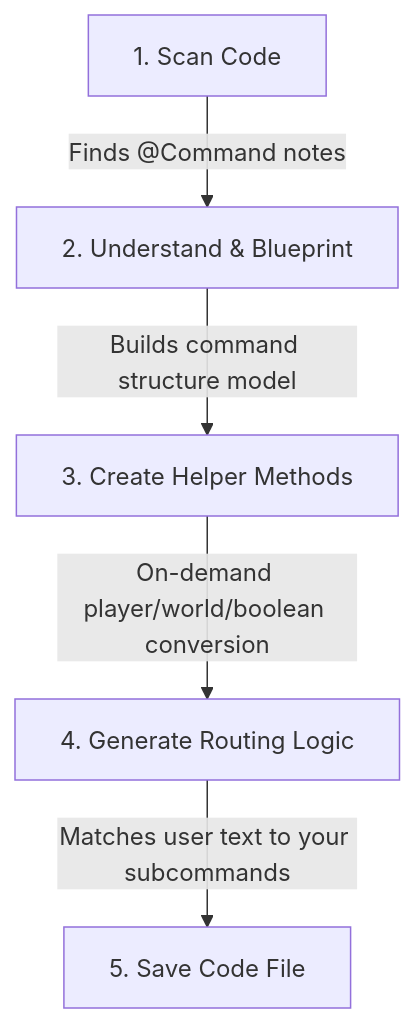
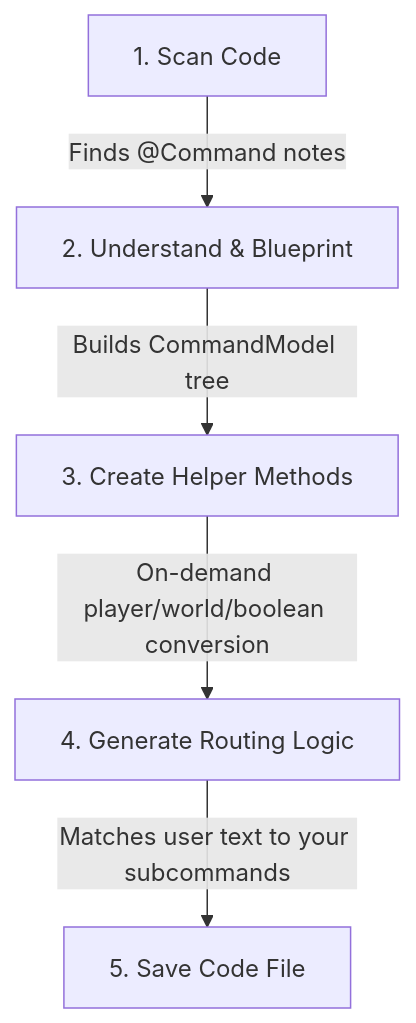
The first of 2 diagrams in docs/processor-flow.md (ProjectUnified/CraftCommand), drawn with Mermaid before and after one commit. The commit also changed other lines of this file and 28 other files, not shown here.

````diff
--- a/docs/processor-flow.md
+++ b/docs/processor-flow.md
@@ -22,7 +22,7 @@
 ```mermaid
 graph TD
     A["1. Scan Code"] -->|Finds @Command notes| B["2. Understand & Blueprint"]
-    B -->|Builds command structure model| C["3. Create Helper Methods"]
+    B -->|Builds CommandModel tree| C["3. Create Helper Methods"]
     C -->|On-demand player/world/boolean conversion| D["4. Generate Routing Logic"]
     D -->|Matches user text to your subcommands| E["5. Save Code File"]
 ```
````
